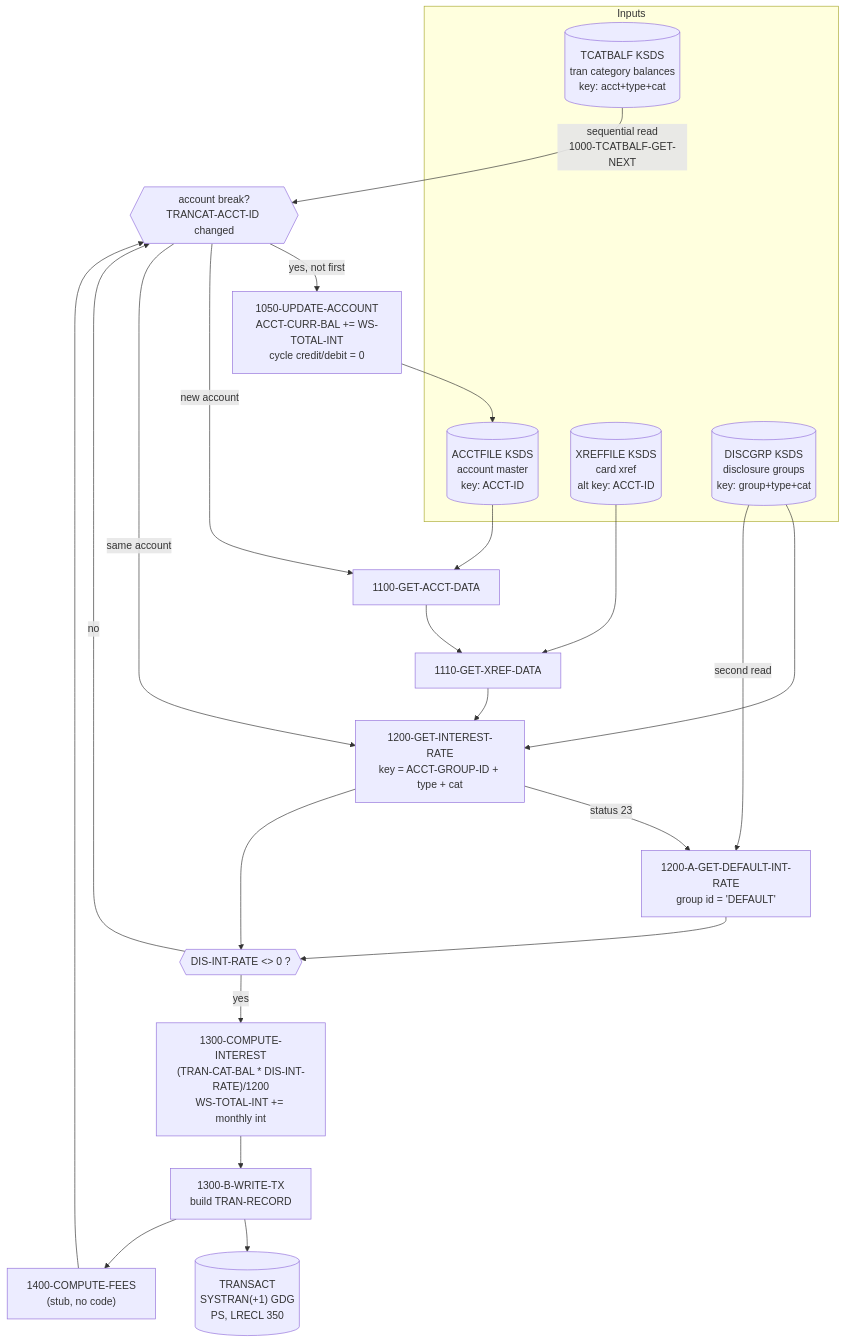
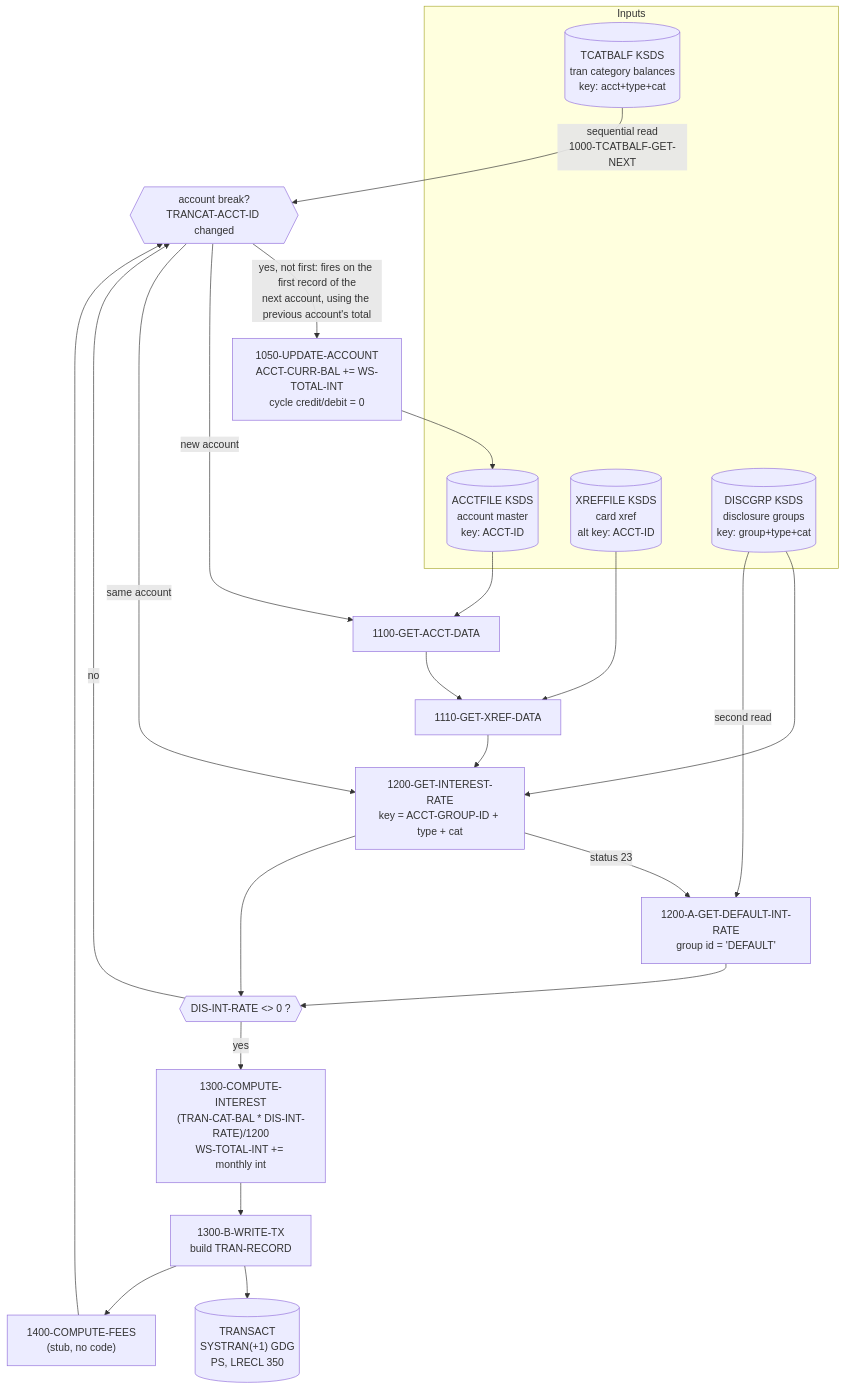
Before and after one commit to Chadillac6/mainframeCOBOL-modernization-carddemo: the diagram in docs/interest-accrual-batch.md, drawn with Mermaid. The commit also changed other lines of this file, not shown here.

Commit message:
docs: reword stale-rate item as latent risk; annotate account-break edge

````diff
--- a/docs/interest-accrual-batch.md
+++ b/docs/interest-accrual-batch.md
@@ -94,30 +94,30 @@
 ```mermaid
 flowchart TD
     subgraph Inputs
         TCB[("TCATBALF KSDS<br/>tran category balances<br/>key: acct+type+cat")]
         ACCT[("ACCTFILE KSDS<br/>account master<br/>key: ACCT-ID")]
         XREF[("XREFFILE KSDS<br/>card xref<br/>alt key: ACCT-ID")]
         DISC[("DISCGRP KSDS<br/>disclosure groups<br/>key: group+type+cat")]
     end
 
     TCB -->|sequential read<br/>1000-TCATBALF-GET-NEXT| LOOP{{"account break?<br/>TRANCAT-ACCT-ID changed"}}
-    LOOP -->|yes, not first| UPD["1050-UPDATE-ACCOUNT<br/>ACCT-CURR-BAL += WS-TOTAL-INT<br/>cycle credit/debit = 0"]
+    LOOP -->|yes, not first: fires on the first record of the<br/>next account, using the previous account's total| UPD["1050-UPDATE-ACCOUNT<br/>ACCT-CURR-BAL += WS-TOTAL-INT<br/>cycle credit/debit = 0"]
     UPD --> ACCT
     LOOP -->|new account| RD1["1100-GET-ACCT-DATA"]
     ACCT --> RD1
     RD1 --> RD2["1110-GET-XREF-DATA"]
     XREF --> RD2
     RD2 --> RATE
     LOOP -->|same account| RATE["1200-GET-INTEREST-RATE<br/>key = ACCT-GROUP-ID + type + cat"]
     DISC --> RATE
     RATE -->|status 23| DEF["1200-A-GET-DEFAULT-INT-RATE<br/>group id = 'DEFAULT'"]
     DISC -->|second read| DEF
     DEF --> CHK
     RATE --> CHK{{"DIS-INT-RATE <> 0 ?"}}
     CHK -->|no| LOOP
     CHK -->|yes| CALC["1300-COMPUTE-INTEREST<br/>(TRAN-CAT-BAL * DIS-INT-RATE)/1200<br/>WS-TOTAL-INT += monthly int"]
     CALC --> TX["1300-B-WRITE-TX<br/>build TRAN-RECORD"]
     TX --> OUT[("TRANSACT<br/>SYSTRAN(+1) GDG<br/>PS, LRECL 350")]
     TX --> FEES["1400-COMPUTE-FEES<br/>(stub, no code)"]
     FEES --> LOOP
 ```
````
